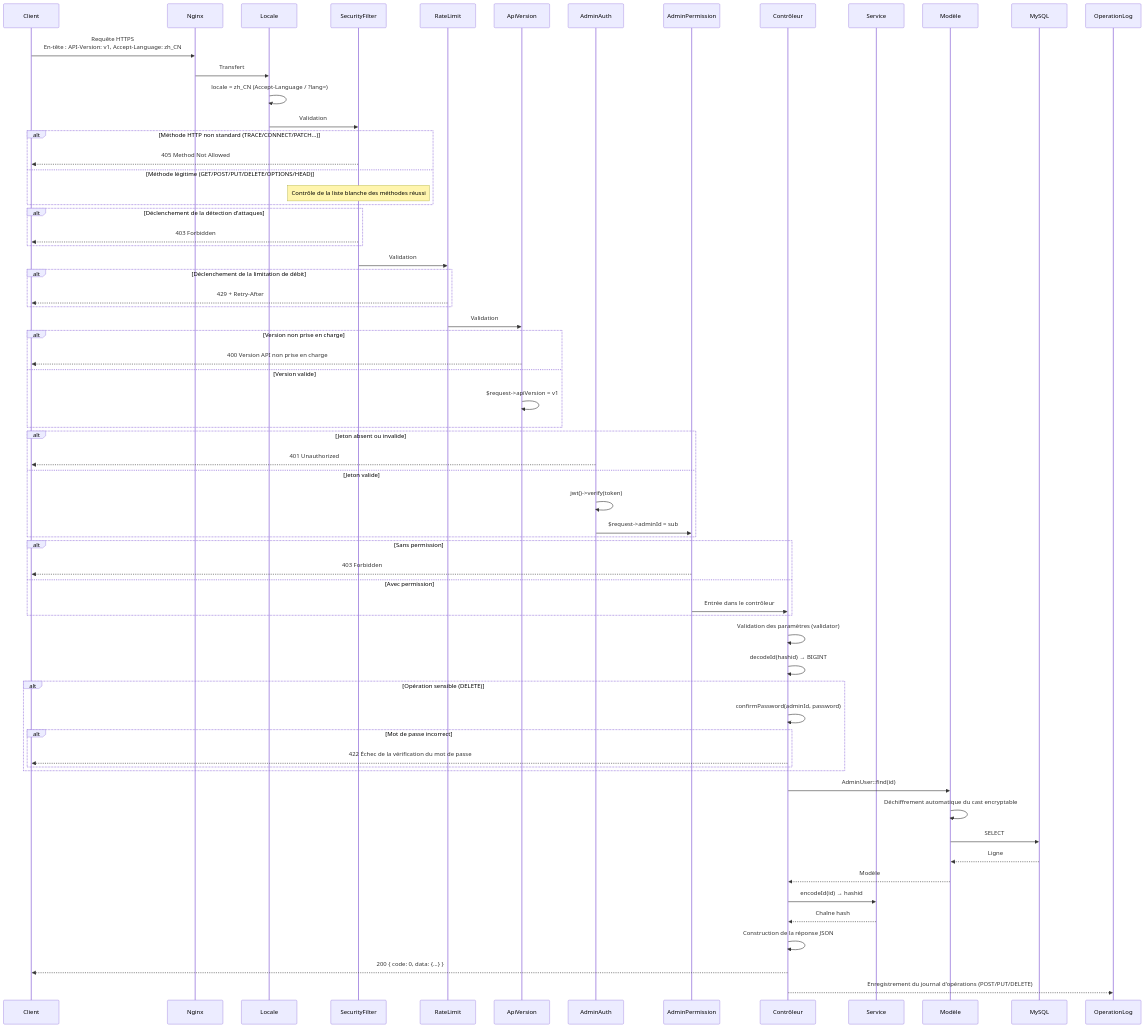
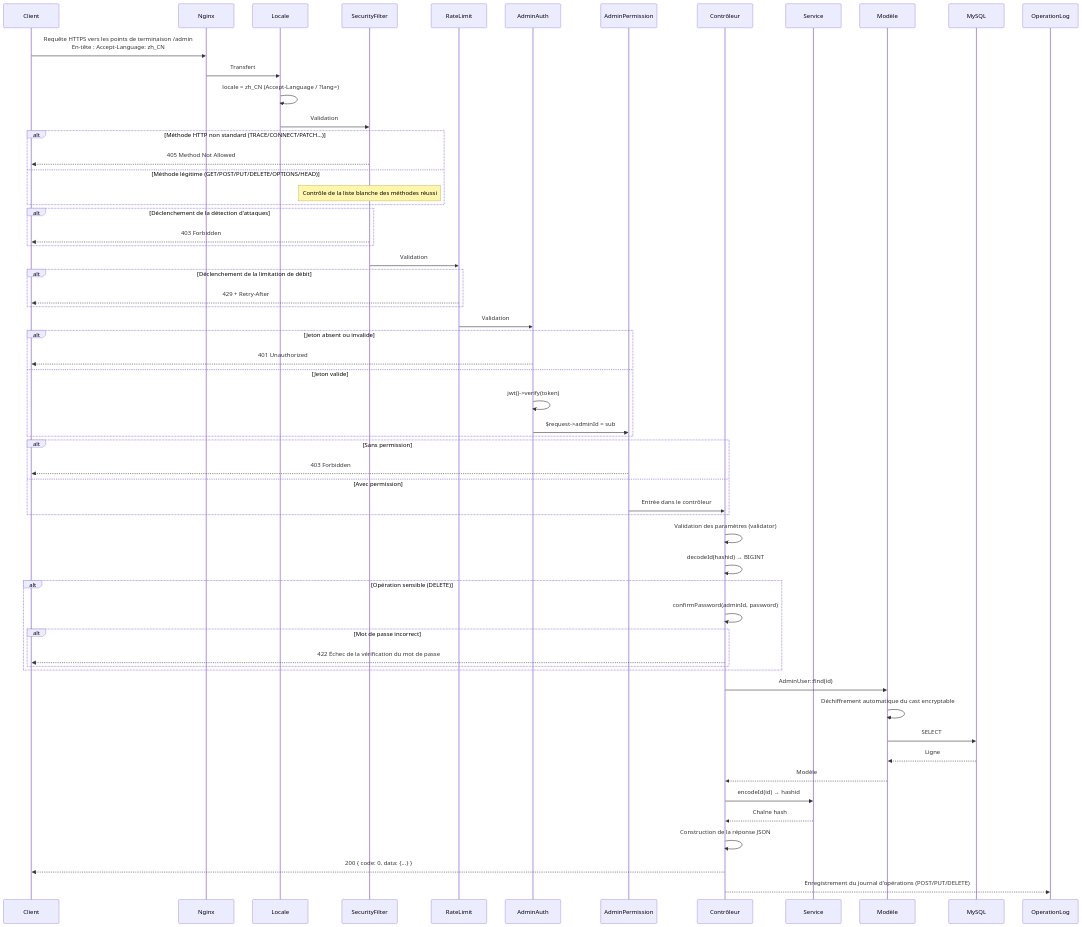
Before and after one commit to erikwang2013/open-admin: the third of 14 diagrams in docs/ARCHITECTURE.fr.md, drawn with Mermaid. The commit also changed other lines of this file and 115 other files, not shown here.

First line of the commit message:
功能：新增项目宠物「小安」、站点首页与手写 SVG 设计图集；全部文档对齐代码

````diff
--- a/docs/ARCHITECTURE.fr.md
+++ b/docs/ARCHITECTURE.fr.md
@@ -147,82 +144,75 @@
 ```mermaid
 sequenceDiagram
     participant C as Client
     participant N as Nginx
     participant MW_LOC as Locale
     participant MW_SF as SecurityFilter
     participant MW_RL as RateLimit
-    participant MW0 as ApiVersion
     participant MW1 as AdminAuth
     participant MW2 as AdminPermission
     participant CTL as Contrôleur
     participant SVC as Service
     participant MDL as Modèle
     participant DB as MySQL
     participant OPLOG as OperationLog
 
-    C->>N: Requête HTTPS<br/>En-tête : API-Version: v1, Accept-Language: zh_CN
+    C->>N: Requête HTTPS vers les points de terminaison /admin<br/>En-tête : Accept-Language: zh_CN
     N->>MW_LOC: Transfert
 
     MW_LOC->>MW_LOC: locale = zh_CN (Accept-Language / ?lang=)
     MW_LOC->>MW_SF: Validation
 
     alt Méthode HTTP non standard (TRACE/CONNECT/PATCH...)
         MW_SF-->>C: 405 Method Not Allowed
     else Méthode légitime (GET/POST/PUT/DELETE/OPTIONS/HEAD)
         Note over MW_SF: Contrôle de la liste blanche des méthodes réussi
     end
 
     alt Déclenchement de la détection d'attaques
         MW_SF-->>C: 403 Forbidden
     end
 
     MW_SF->>MW_RL: Validation
 
     alt Déclenchement de la limitation de débit
         MW_RL-->>C: 429 + Retry-After
     end
 
-    MW_RL->>MW0: Validation
-
-    alt Version non prise en charge
-        MW0-->>C: 400 Version API non prise en charge
-    else Version valide
-        MW0->>MW0: $request->apiVersion = v1
-    end
+    MW_RL->>MW1: Validation
 
     alt Jeton absent ou invalide
         MW1-->>C: 401 Unauthorized
     else Jeton valide
         MW1->>MW1: jwt()->verify(token)
         MW1->>MW2: $request->adminId = sub
     end
 
     alt Sans permission
         MW2-->>C: 403 Forbidden
     else Avec permission
         MW2->>CTL: Entrée dans le contrôleur
     end
 
     CTL->>CTL: Validation des paramètres (validator)
     CTL->>CTL: decodeId(hashid) → BIGINT
 
     alt Opération sensible (DELETE)
         CTL->>CTL: confirmPassword(adminId, password)
         alt Mot de passe incorrect
             CTL-->>C: 422 Échec de la vérification du mot de passe
         end
     end
 
     CTL->>MDL: AdminUser::find(id)
     MDL->>MDL: Déchiffrement automatique du cast encryptable
     MDL->>DB: SELECT
     DB-->>MDL: Ligne
     MDL-->>CTL: Modèle
 
     CTL->>SVC: encodeId(id) → hashid
     SVC-->>CTL: Chaîne hash
 
     CTL->>CTL: Construction de la réponse JSON
     CTL-->>C: 200 { code: 0, data: {...} }
     CTL-->>OPLOG: Enregistrement du journal d'opérations (POST/PUT/DELETE)
 ```
````
